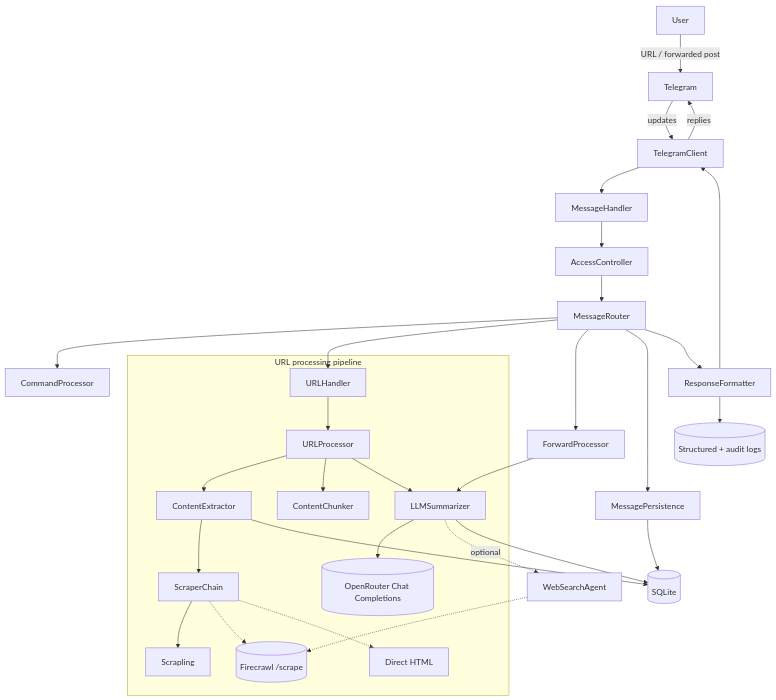
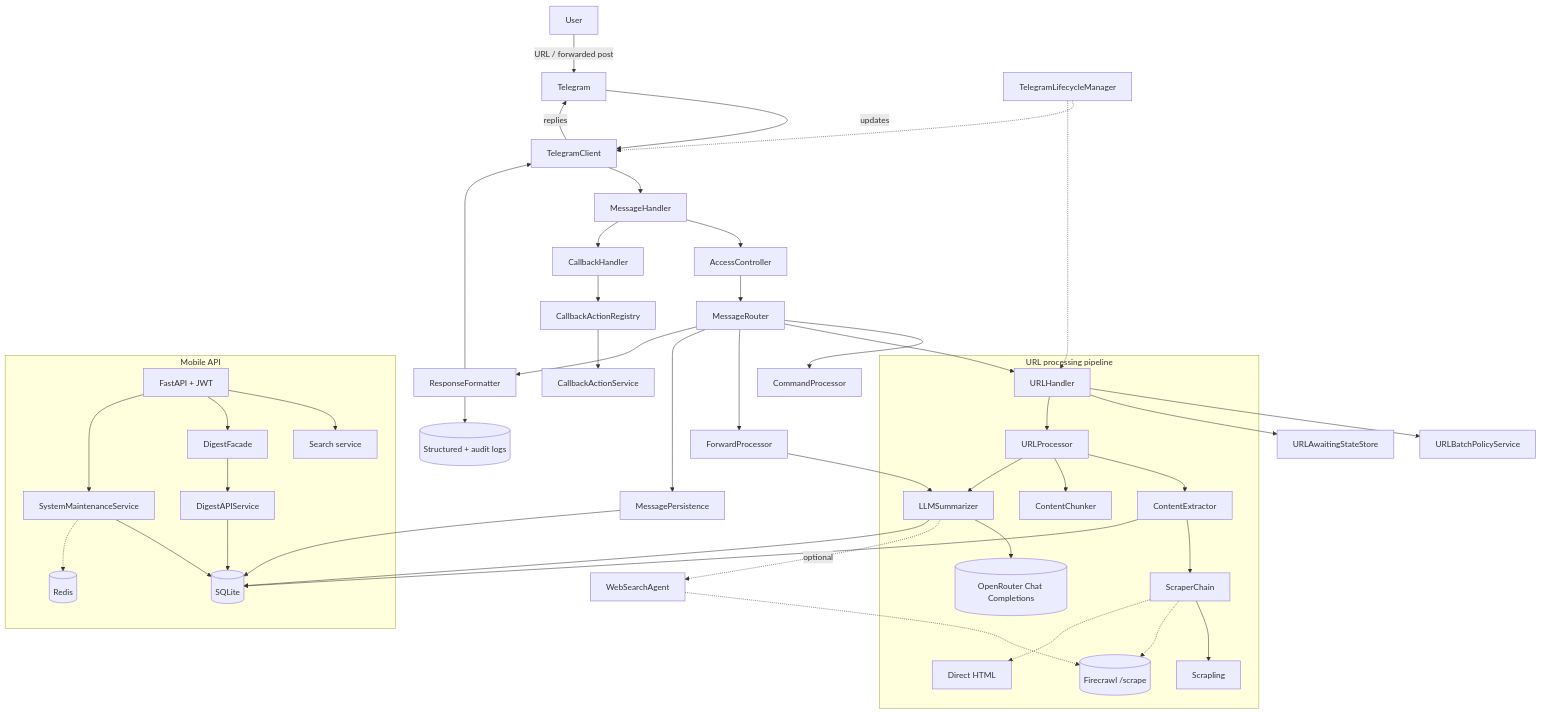
One commit to po4yka/bite-size-reader changed the first of 5 diagrams in docs/SPEC.md. Above: the diagram before and after it, drawn with Mermaid. The commit also changed other lines of this file and 6 other files, not shown here.

Commit message:
Refresh project documentation for current architecture

````diff
--- a/docs/SPEC.md
+++ b/docs/SPEC.md
@@ -133,35 +133,52 @@
 ```mermaid
 flowchart TD
   U[User] -->| URL / forwarded post | TG[Telegram]
   TG -->| updates | TGClient[TelegramClient]
   TGClient --> MsgHandler[MessageHandler]
   MsgHandler --> AccessController
+  MsgHandler --> CallbackHandler
+  CallbackHandler --> CallbackRegistry[CallbackActionRegistry]
+  CallbackRegistry --> CallbackActions[CallbackActionService]
   AccessController --> MessageRouter
   MessageRouter --> CommandProcessor
   MessageRouter --> URLHandler
+  URLHandler --> URLBatchPolicy[URLBatchPolicyService]
+  URLHandler --> URLAwaitingState[URLAwaitingStateStore]
   MessageRouter --> ForwardProcessor
   MessageRouter --> MessagePersistence
+  LifecycleMgr[TelegramLifecycleManager] -.-> TGClient
+  LifecycleMgr -.-> URLHandler
   MessagePersistence --> DB[(SQLite)]
 
   subgraph URL_Pipeline [URL processing pipeline]
     URLHandler --> URLProcessor
     URLProcessor --> ContentExtractor
     ContentExtractor --> ScraperChain[ScraperChain]
     ScraperChain --> Scrapling[Scrapling]
     ScraperChain -.-> Firecrawl[(Firecrawl /scrape)]
     ScraperChain -.-> DirectHTML[Direct HTML]
     URLProcessor --> ContentChunker
     URLProcessor --> LLMSummarizer
     LLMSummarizer --> OpenRouter[(OpenRouter Chat Completions)]
   end
 
   ForwardProcessor --> LLMSummarizer
   LLMSummarizer -.->| optional | WebSearch[WebSearchAgent]
   WebSearch -.-> Firecrawl
   ContentExtractor --> DB
   LLMSummarizer --> DB
   MessageRouter --> ResponseFormatter
   ResponseFormatter --> TGClient
   ResponseFormatter --> Logs[(Structured + audit logs)]
   TGClient -->| replies | TG
+
+  subgraph Mobile_API [Mobile API]
+    FastAPI[FastAPI + JWT] --> SearchService[Search service]
+    FastAPI --> DigestFacade
+    DigestFacade --> DigestAPIService
+    FastAPI --> SystemMaint[SystemMaintenanceService]
+    DigestAPIService --> DB
+    SystemMaint --> DB
+    SystemMaint -.-> Redis[(Redis)]
+  end
 ```
````
